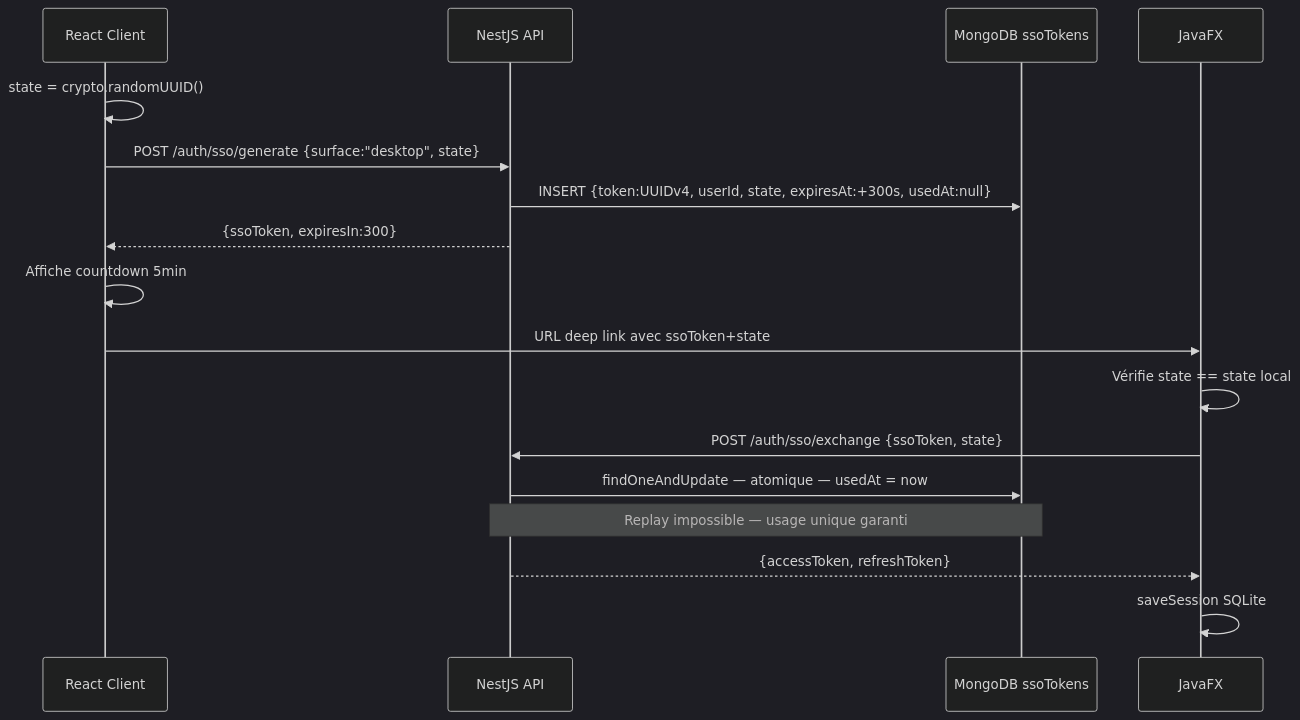
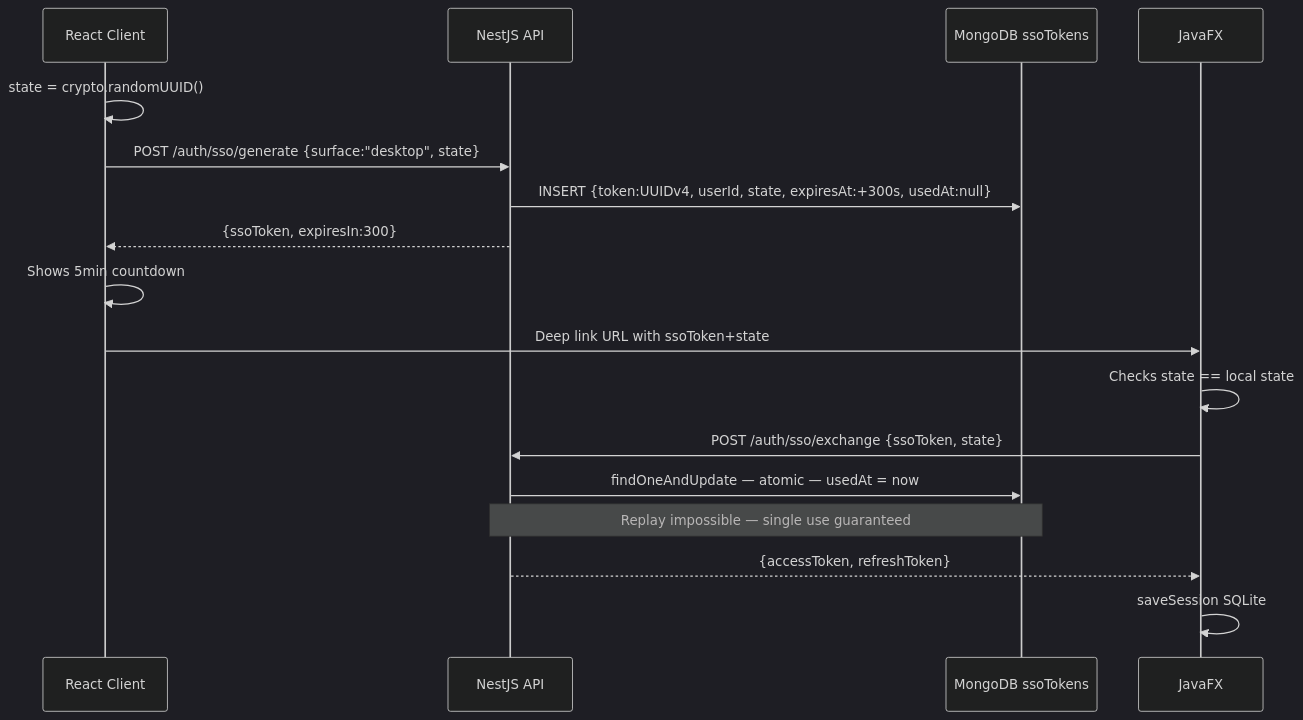
One commit to creibaud/QuartierConnect changed the third of 13 diagrams in docs/RAPPORT-TECHNIQUE.md. Above: the diagram before and after it, drawn with Mermaid (dark theme). The commit also changed other lines of this file and 155 other files, not shown here.

````diff
--- a/docs/RAPPORT-TECHNIQUE.md
+++ b/docs/RAPPORT-TECHNIQUE.md
@@ -242,21 +242,21 @@
 ```mermaid
 sequenceDiagram
     participant Web as React Client
     participant API as NestJS API
     participant Mongo as MongoDB ssoTokens
     participant Java as JavaFX
 
     Web->>Web: state = crypto.randomUUID()
     Web->>API: POST /auth/sso/generate {surface:"desktop", state}
     API->>Mongo: INSERT {token:UUIDv4, userId, state, expiresAt:+300s, usedAt:null}
     API-->>Web: {ssoToken, expiresIn:300}
-    Web->>Web: Affiche countdown 5min
+    Web->>Web: Shows 5min countdown
 
-    Web->>Java: URL deep link avec ssoToken+state
-    Java->>Java: Vérifie state == state local
+    Web->>Java: Deep link URL with ssoToken+state
+    Java->>Java: Checks state == local state
     Java->>API: POST /auth/sso/exchange {ssoToken, state}
-    API->>Mongo: findOneAndUpdate — atomique — usedAt = now
-    Note over API,Mongo: Replay impossible — usage unique garanti
+    API->>Mongo: findOneAndUpdate — atomic — usedAt = now
+    Note over API,Mongo: Replay impossible — single use guaranteed
     API-->>Java: {accessToken, refreshToken}
     Java->>Java: saveSession SQLite
 ```
````
